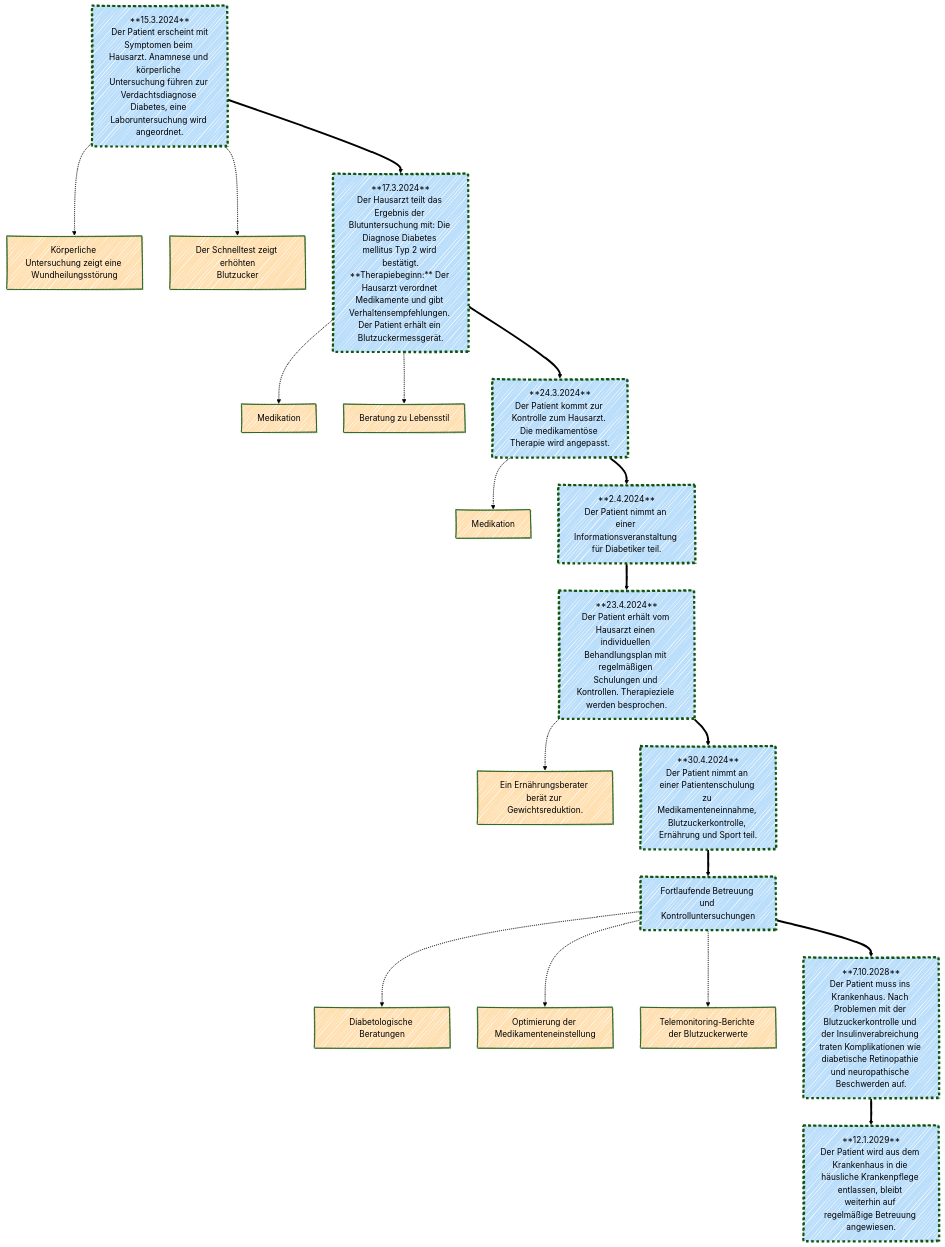
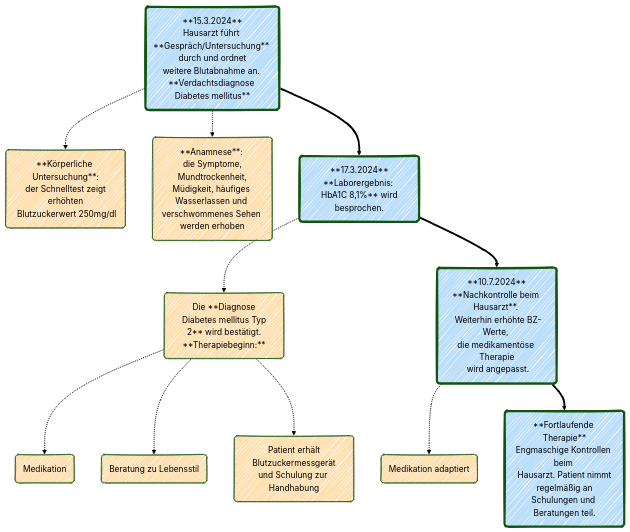
Before and after one commit to HL7Austria/ELGA-IV-Diabetes-R4: the diagram in input/pagecontent/anwendungsfaelle.md, drawn with Mermaid (forest theme).

Commit message:
Update Mermaid Process

```diff
--- a/input/pagecontent/anwendungsfaelle.md
+++ b/input/pagecontent/anwendungsfaelle.md
@@ -14,59 +14,28 @@
 <pre class="mermaid">
 ---
 config:
   look: handDrawn
   layout: fixed
 ---
 flowchart TD
-    A["**15.3.2024**<br>Der Patient erscheint mit<br>Symptomen beim Hausarzt. Anamnese und körperliche Untersuchung führen zur Verdachtsdiagnose Diabetes, eine Laboruntersuchung wird angeordnet."]
-    a1["Körperliche Untersuchung zeigt eine Wundheilungsstörung"]
-    a2["Der Schnelltest zeigt erhöhten<br>Blutzucker"]
-    B["**17.3.2024**<br>Der Hausarzt teilt das Ergebnis der Blutuntersuchung mit: Die Diagnose Diabetes mellitus Typ 2 wird bestätigt.<br>**Therapiebeginn:** Der Hausarzt verordnet Medikamente und gibt Verhaltensempfehlungen. Der Patient erhält ein Blutzuckermessgerät."]
-    b1["Medikation"]
-    b2["Beratung zu Lebensstil"]
-    C["**24.3.2024**<br>Der Patient kommt zur Kontrolle zum Hausarzt. Die medikamentöse Therapie wird angepasst."]
-    c1["Medikation"]
-    D["**2.4.2024**<br>Der Patient nimmt an einer Informationsveranstaltung für Diabetiker teil."]
-    E["**23.4.2024**<br>Der Patient erhält vom Hausarzt einen individuellen Behandlungsplan mit regelmäßigen Schulungen und Kontrollen. Therapieziele werden besprochen."]
-    e1["Ein Ernährungsberater berät zur Gewichtsreduktion."]
-    F["**30.4.2024**<br>Der Patient nimmt an einer Patientenschulung zu Medikamenteneinnahme, Blutzuckerkontrolle, Ernährung und Sport teil."]
-    G["Fortlaufende Betreuung und Kontrolluntersuchungen"]
-    g1["Diabetologische Beratungen"]
-    g2["Optimierung der Medikamenteneinstellung"]
-    g3["Telemonitoring-Berichte der Blutzuckerwerte"]
-    H["**7.10.2028**<br>Der Patient muss ins Krankenhaus. Nach Problemen mit der Blutzuckerkontrolle und der Insulinverabreichung traten Komplikationen wie diabetische Retinopathie und neuropathische Beschwerden auf."]
-    I["**12.1.2029**<br>Der Patient wird aus dem Krankenhaus in die häusliche Krankenpflege entlassen, bleibt weiterhin auf regelmäßige Betreuung angewiesen."]
+A("**15.3.2024**<br/>Hausarzt führt **Gespräch/Untersuchung** durch und ordnet<br/>weitere Blutabnahme an. <br/>**Verdachtsdiagnose Diabetes mellitus**")
+A -.-> a1("**Körperliche Untersuchung**:<br/> der Schnelltest zeigt erhöhten<br/> Blutzuckerwert 250mg/dl") & a2("**Anamnese**: <br/>die Symptome,<br/> Mundtrockenheit, Müdigkeit, häufiges Wasserlassen und verschwommenes Sehen werden erhoben")
+A ==> B("**17.3.2024**<br/>**Laborergebnis: <br/> HbA1C 8,1%** wird besprochen.")
+B -.-> b1("Die **Diagnose<br/> Diabetes mellitus Typ 2** wird bestätigt.<br/>**Therapiebeginn:**")
+b1 -.-> bb1("Medikation") & bb2("Beratung zu Lebensstil") & bb3("Patient erhält<br/> Blutzuckermessgerät und Schulung zur Handhabung")
+B ==> C("**10.7.2024**<br/>**Nachkontrolle beim <br/>Hausarzt**. <br/> Weiterhin erhöhte BZ-Werte, <br/>die medikamentöse Therapie<br/> wird angepasst.")
+C -.-> c1("Medikation adaptiert")
+C ==> D("**Fortlaufende Therapie**<br/>Engmaschige Kontrollen beim <br/>Hausarzt. Patient nimmt<br/> regelmäßig an Schulungen und Beratungen teil.")
     
-    A -.-> a1 & a2
-    A ==> B
-    B -.-> b1 & b2
-    B ==> C
-    C -.-> c1
-    C ==> D
-    D ==> E
-    E -.-> e1
-    E ==> F
-    F ==> G
-    G -.-> g1 & g2 & g3
-    G ==> H
-    H ==> I
-    
-    style A fill:#BBDEFB,stroke-width:4px,stroke-dasharray: 5
-    style B fill:#BBDEFB,stroke-width:4px,stroke-dasharray: 5
-    style C fill:#BBDEFB,stroke-width:4px,stroke-dasharray: 5
-    style D fill:#BBDEFB,stroke-width:4px,stroke-dasharray: 5
-    style E fill:#BBDEFB,stroke-width:4px,stroke-dasharray: 5
-    style F fill:#BBDEFB,stroke-width:4px,stroke-dasharray: 5
-    style G fill:#BBDEFB,stroke-width:4px,stroke-dasharray: 5
-    style H fill:#BBDEFB,stroke-width:4px,stroke-dasharray: 5
-    style I fill:#BBDEFB,stroke-width:4px,stroke-dasharray: 5
-    style a1 fill:#FFE0B2
-    style a2 fill:#FFE0B2
-    style b1 fill:#FFE0B2
-    style b2 fill:#FFE0B2
-    style c1 fill:#FFE0B2
-    style e1 fill:#FFE0B2
-    style g1 fill:#FFE0B2
-    style g2 fill:#FFE0B2
-    style g3 fill:#FFE0B2
+style A fill:#BBDEFB,stroke-width:4px
+style a1 fill:#FFE0B2
+style a2 fill:#FFE0B2
+style B fill:#BBDEFB,stroke-width:4px
+style b1 fill:#FFE0B2
+style bb1 fill:#FFE0B2
+style bb2 fill:#FFE0B2
+style bb3 fill:#FFE0B2
+style C fill:#BBDEFB,stroke-width:4px
+style c1 fill:#FFE0B2
+style D fill:#BBDEFB,stroke-width:4px
 </pre>
```
